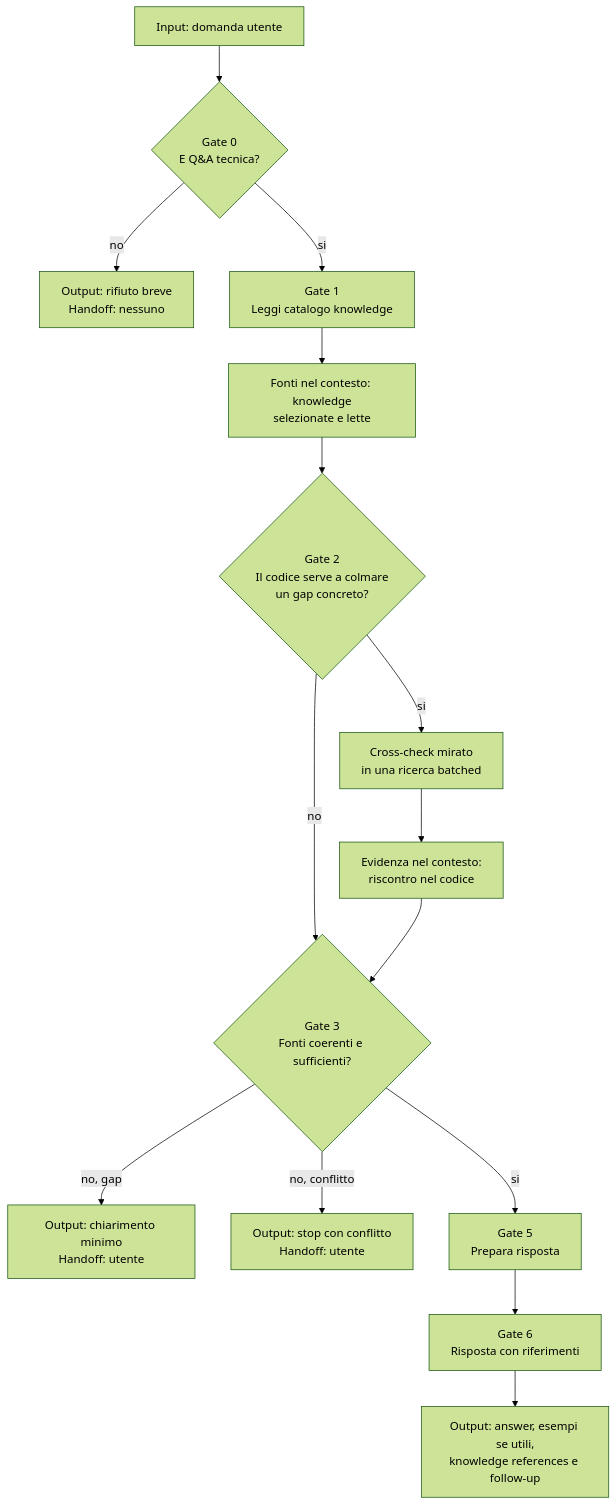
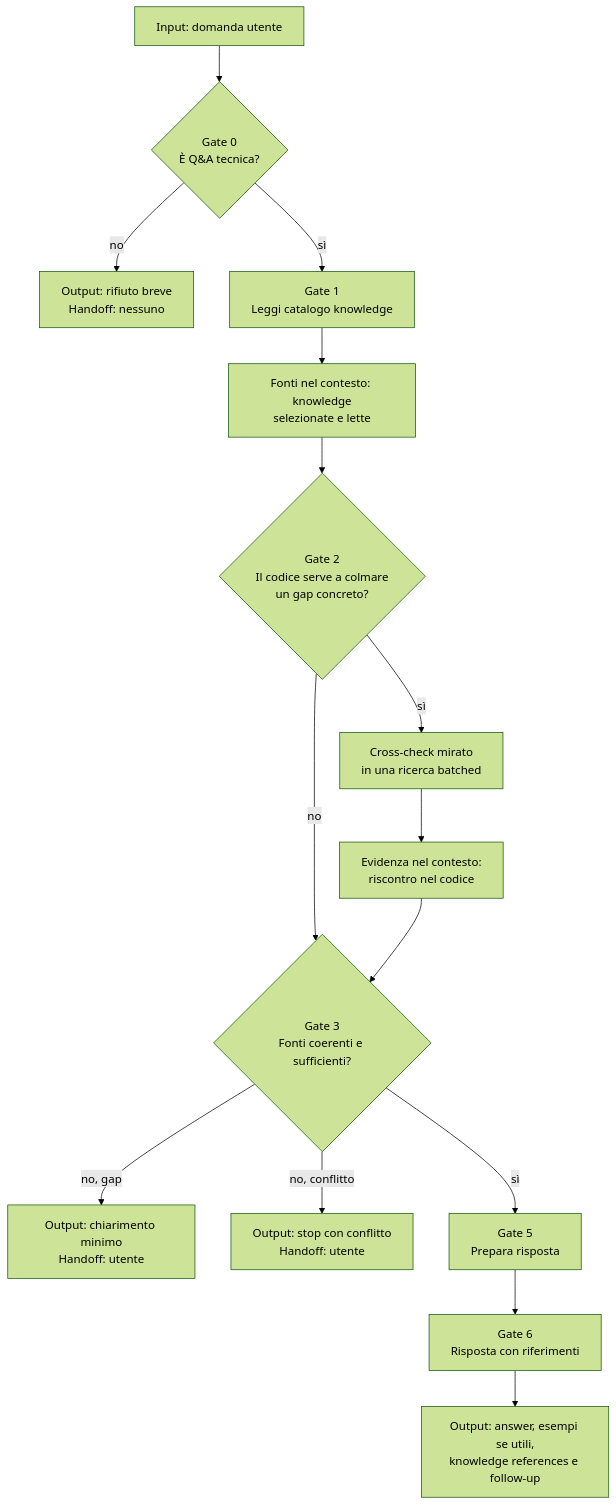
Before and after one commit to violabg/agentic-system-lessons: the diagram in role-maps/agents/ask.md, drawn with Mermaid (forest theme). The commit also changed other lines of this file and 51 other files, not shown here.

````diff
--- a/role-maps/agents/ask.md
+++ b/role-maps/agents/ask.md
@@ -15,17 +17,17 @@
 ```mermaid
 flowchart TD
-    Request[Input: domanda utente] --> G0{Gate 0<br/>E Q&A tecnica?}
+    Request[Input: domanda utente] --> G0{Gate 0<br/>È Q&A tecnica?}
     G0 -->|no| Decline[Output: rifiuto breve<br/>Handoff: nessuno]
-    G0 -->|si| G1[Gate 1<br/>Leggi catalogo knowledge]
+    G0 -->|sì| G1[Gate 1<br/>Leggi catalogo knowledge]
     G1 --> KContext[Fonti nel contesto: knowledge<br/>selezionate e lette]
     KContext --> G2{Gate 2<br/>Il codice serve a colmare<br/>un gap concreto?}
-    G2 -->|si| Search[Cross-check mirato<br/>in una ricerca batched]
+    G2 -->|sì| Search[Cross-check mirato<br/>in una ricerca batched]
     Search --> Evidence[Evidenza nel contesto:<br/>riscontro nel codice]
     G2 -->|no| G3
     Evidence --> G3{Gate 3<br/>Fonti coerenti e sufficienti?}
     G3 -->|no, gap| Clarify[Output: chiarimento minimo<br/>Handoff: utente]
     G3 -->|no, conflitto| Stop[Output: stop con conflitto<br/>Handoff: utente]
-    G3 -->|si| G5[Gate 5<br/>Prepara risposta]
+    G3 -->|sì| G5[Gate 5<br/>Prepara risposta]
     G5 --> G6[Gate 6<br/>Risposta con riferimenti]
     G6 --> Answer[Output: answer, esempi se utili,<br/>knowledge references e follow-up]
 ```
````
